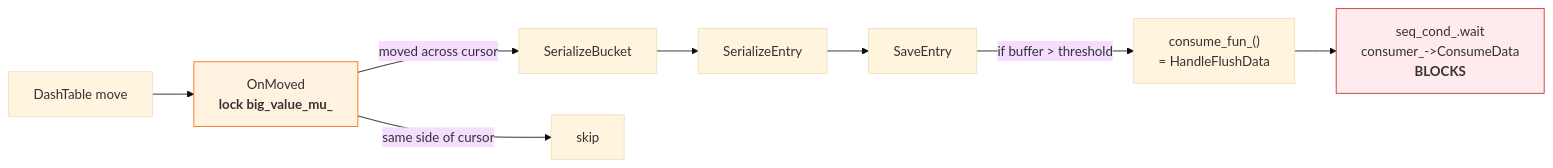
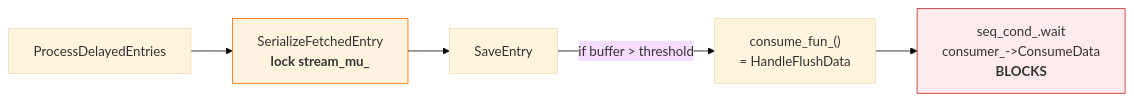
The third of 5 diagrams in docs/shard-serialization.md (dragonflydb/dragonfly), drawn with Mermaid (base theme) before and after one commit. The commit also changed other lines of this file, not shown here.

````diff
--- a/docs/shard-serialization.md
+++ b/docs/shard-serialization.md
@@ -422,15 +331,12 @@
 ```mermaid
 flowchart LR
-  A[DashTable move] --> B["OnMoved<br/><b>lock big_value_mu_</b>"]
-  B -->|"moved across cursor"| C[SerializeBucket]
-  C --> D[SerializeEntry]
-  D --> E[SaveEntry]
-  E -->|"if buffer > threshold"| F["consume_fun_()<br/>= HandleFlushData"]
-  F --> G["seq_cond_.wait<br/>consumer_->ConsumeData<br/><b>BLOCKS</b>"]
-  B -->|"same side of cursor"| H[skip]
+  A[ProcessDelayedEntries] --> B["SerializeFetchedEntry<br/><b>lock stream_mu_</b>"]
+  B --> C[SaveEntry]
+  C -->|"if buffer > threshold"| D["consume_fun_()<br/>= HandleFlushData"]
+  D --> E["seq_cond_.wait<br/>consumer_->ConsumeData<br/><b>BLOCKS</b>"]
 
   classDef lock fill:#FFF3E0,stroke:#EF6C00;
   classDef block fill:#FFEBEE,stroke:#C62828;
   class B lock;
-  class G block;
+  class E block;
 ```
````
